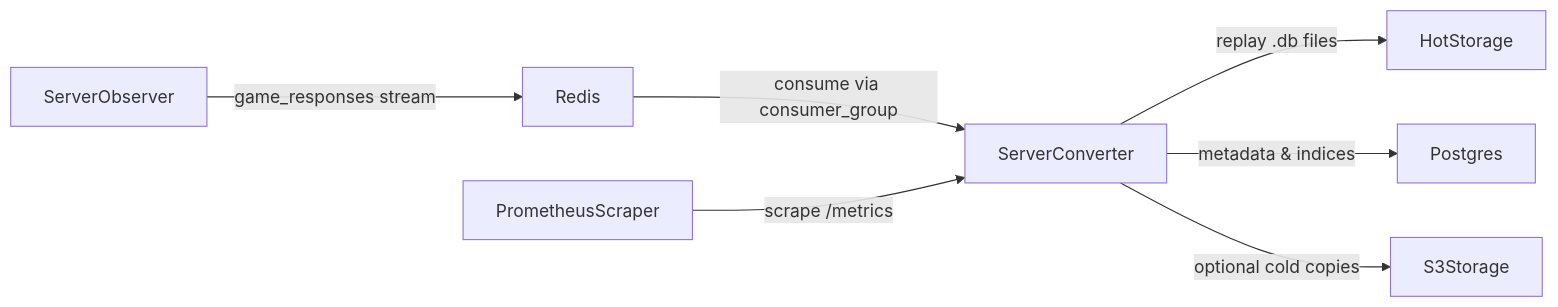
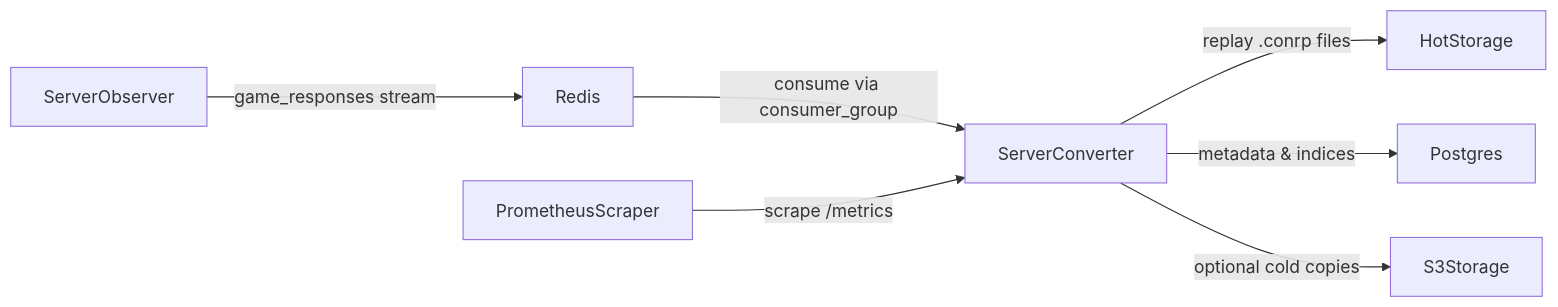
The diagram in services/server_converter/README.md (zDox/Conlyse), drawn with Mermaid before and after one commit. The commit also changed other lines of this file and 22 other files, not shown here.

````diff
--- a/services/server_converter/README.md
+++ b/services/server_converter/README.md
@@ -39,19 +39,19 @@
 ```mermaid
 flowchart LR
   serverObserver[ServerObserver]
   redis[Redis]
   serverConverter[ServerConverter]
   hotStorage[HotStorage]
   postgres[Postgres]
   s3Storage[S3Storage]
   prometheusScraper[PrometheusScraper]
 
   serverObserver -->|"game_responses stream"| redis
   redis -->|"consume via consumer_group"| serverConverter
 
-  serverConverter -->|"replay .db files"| hotStorage
+  serverConverter -->|"replay .conrp files"| hotStorage
   serverConverter -->|"metadata & indices"| postgres
   serverConverter -->|"optional cold copies"| s3Storage
 
   prometheusScraper -->|"scrape /metrics"| serverConverter
 ```
````
